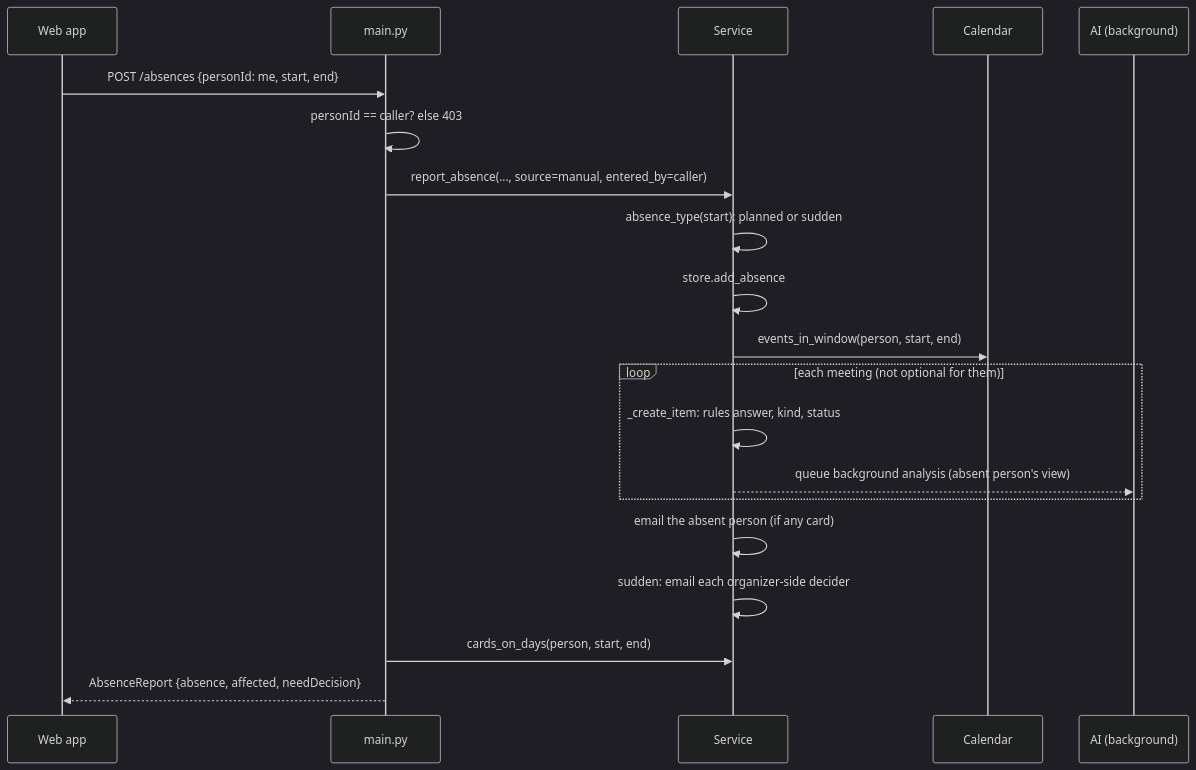
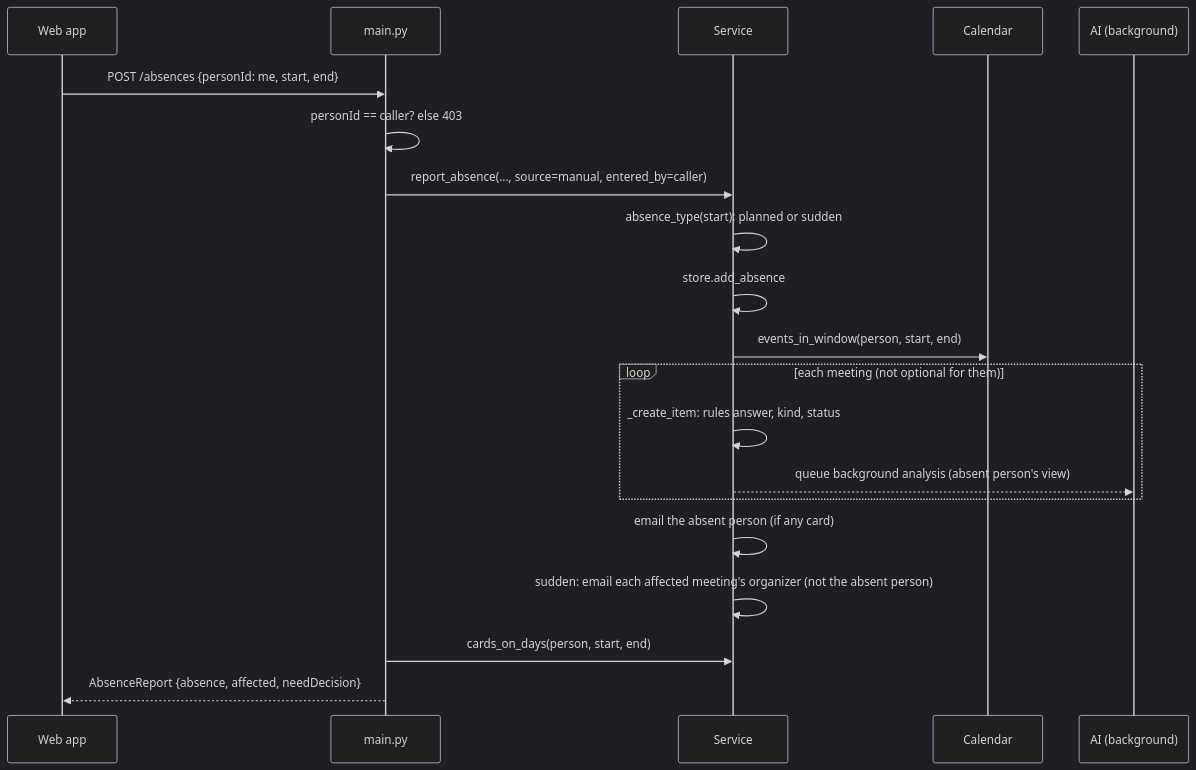
The diagram in docs/flows/report-an-absence.md (umagurunathan/close-the-gap-app), drawn with Mermaid (dark theme) before and after one commit. The commit also changed other lines of this file and 43 other files, not shown here.

````diff
--- a/docs/flows/report-an-absence.md
+++ b/docs/flows/report-an-absence.md
@@ -18,22 +18,22 @@
 ```mermaid
 sequenceDiagram
   participant W as Web app
   participant M as main.py
   participant S as Service
   participant C as Calendar
   participant A as AI (background)
   W->>M: POST /absences {personId: me, start, end}
   M->>M: personId == caller? else 403
   M->>S: report_absence(..., source=manual, entered_by=caller)
   S->>S: absence_type(start): planned or sudden
   S->>S: store.add_absence
   S->>C: events_in_window(person, start, end)
   loop each meeting (not optional for them)
     S->>S: _create_item: rules answer, kind, status
     S-->>A: queue background analysis (absent person's view)
   end
   S->>S: email the absent person (if any card)
-  S->>S: sudden: email each organizer-side decider
+  S->>S: sudden: email each affected meeting's organizer (not the absent person)
   M->>S: cards_on_days(person, start, end)
   M-->>W: AbsenceReport {absence, affected, needDecision}
 ```
````
